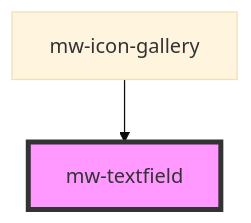
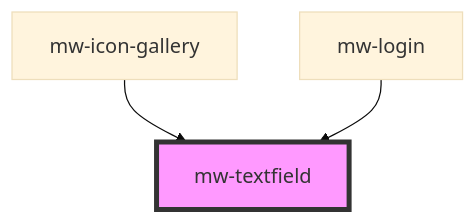
The diagram in mwui-stencil/src/components/mw-textfield/readme.md (MaibornWolff/mwui), drawn with Mermaid (base theme) before and after one commit. The commit also changed other lines of this file and 22 other files, not shown here.

````diff
--- a/mwui-stencil/src/components/mw-textfield/readme.md
+++ b/mwui-stencil/src/components/mw-textfield/readme.md
@@ -34,5 +35,6 @@
 ```mermaid
 graph TD;
   mw-icon-gallery --> mw-textfield
+  mw-login --> mw-textfield
   style mw-textfield fill:#f9f,stroke:#333,stroke-width:4px
 ```
````
